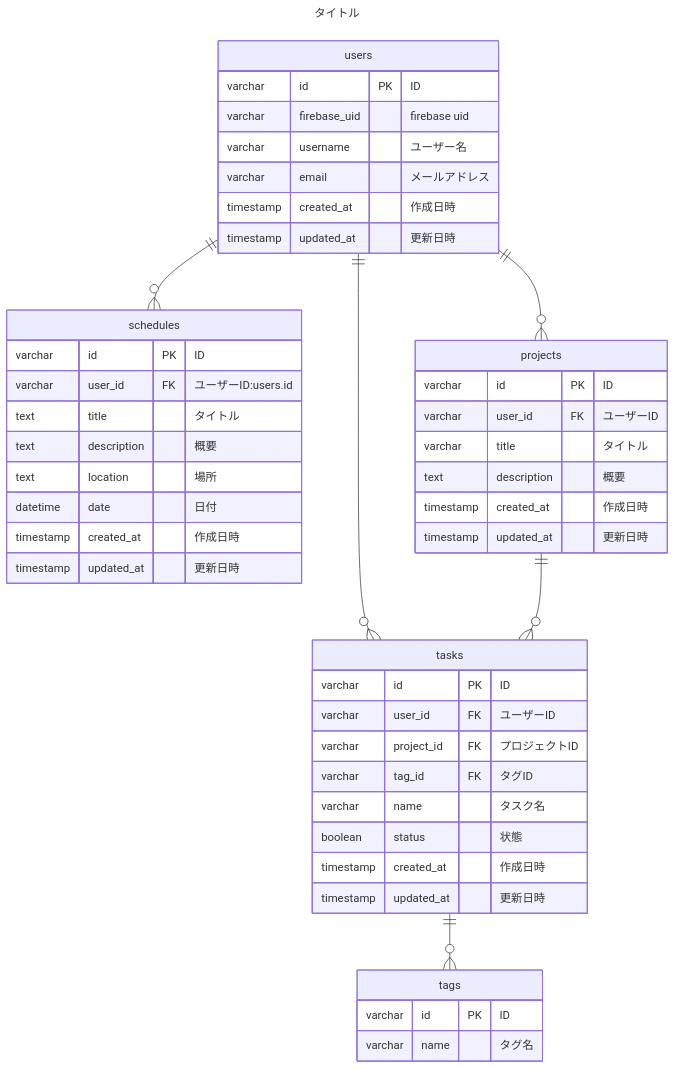
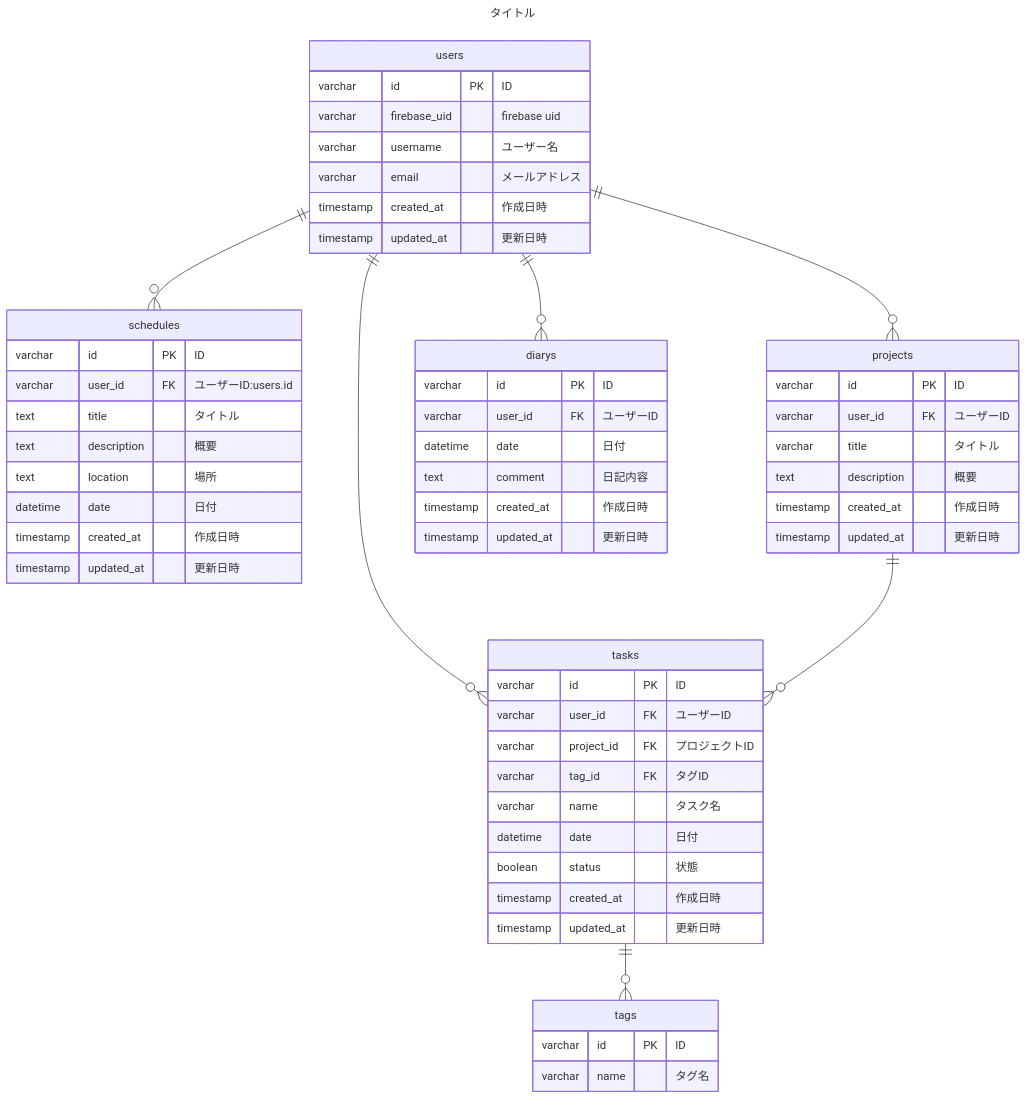
The diagram in docs/db.md (km1110/calendar-app), drawn with Mermaid before and after one commit.

Commit message:
日記テーブルの追加(#29)

````diff
--- a/docs/db.md
+++ b/docs/db.md
@@ -5,58 +5,69 @@
 ```mermaid
 ---
 title: "タイトル"
 ---
 erDiagram
     users ||--o{ schedules : ""
     users ||--o{ projects : ""
     users ||--o{ tasks : ""
+    users ||--o{ diarys : ""
 
     projects ||--o{ tasks : ""
 
     tasks ||--o{ tags : ""
 
     users {
       varchar id PK "ID"
       varchar firebase_uid "firebase uid"
       varchar username "ユーザー名"
       varchar email "メールアドレス"
       timestamp created_at "作成日時"
       timestamp updated_at "更新日時"
     }
 
     schedules {
       varchar id PK "ID"
       varchar user_id FK "ユーザーID:users.id"
       text title "タイトル"
       text description  "概要"
       text location  "場所"
       datetime date  "日付"
       timestamp created_at "作成日時"
       timestamp updated_at "更新日時"
     }
 
     projects {
       varchar id PK "ID"
       varchar user_id FK "ユーザーID"
       varchar title "タイトル"
       text description "概要"
       timestamp created_at "作成日時"
       timestamp updated_at "更新日時"
     }
 
     tasks {
       varchar id PK "ID"
       varchar user_id FK "ユーザーID"
       varchar project_id FK "プロジェクトID"
       varchar tag_id FK "タグID"
       varchar name "タスク名"
+      datetime date  "日付"
       boolean status "状態"
       timestamp created_at "作成日時"
       timestamp updated_at "更新日時"
     }
 
     tags {
       varchar id PK "ID"
       varchar name "タグ名"
     }
+
+    diarys {
+      varchar id PK "ID"
+      varchar user_id FK "ユーザーID"
+      datetime date  "日付"
+      text comment "日記内容"
+      timestamp created_at "作成日時"
+      timestamp updated_at "更新日時"
+    }
 ```
````
